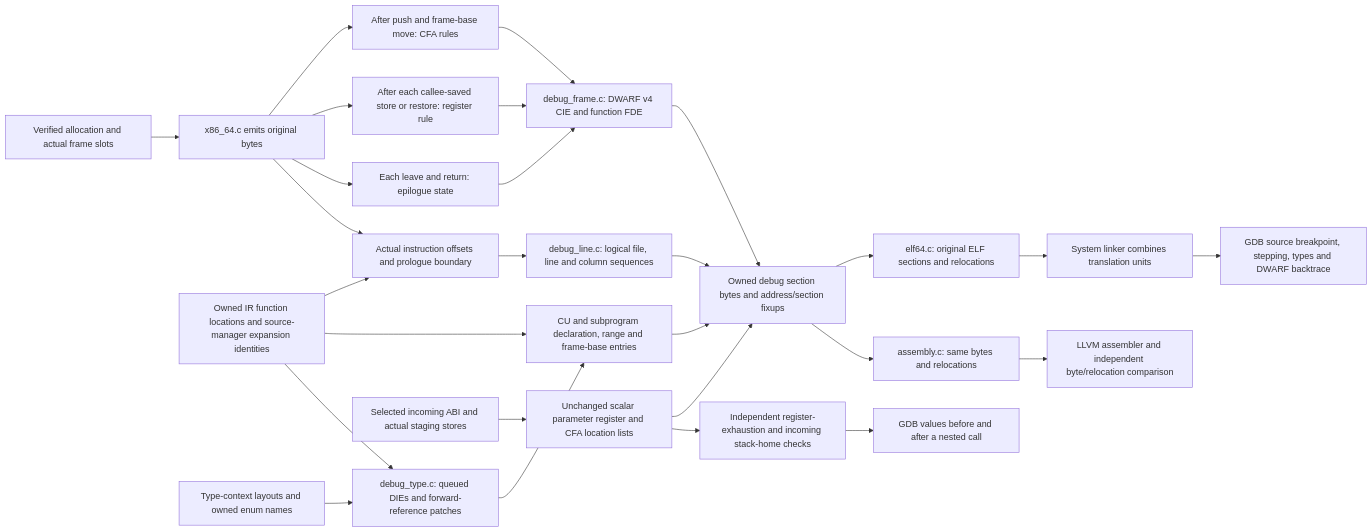
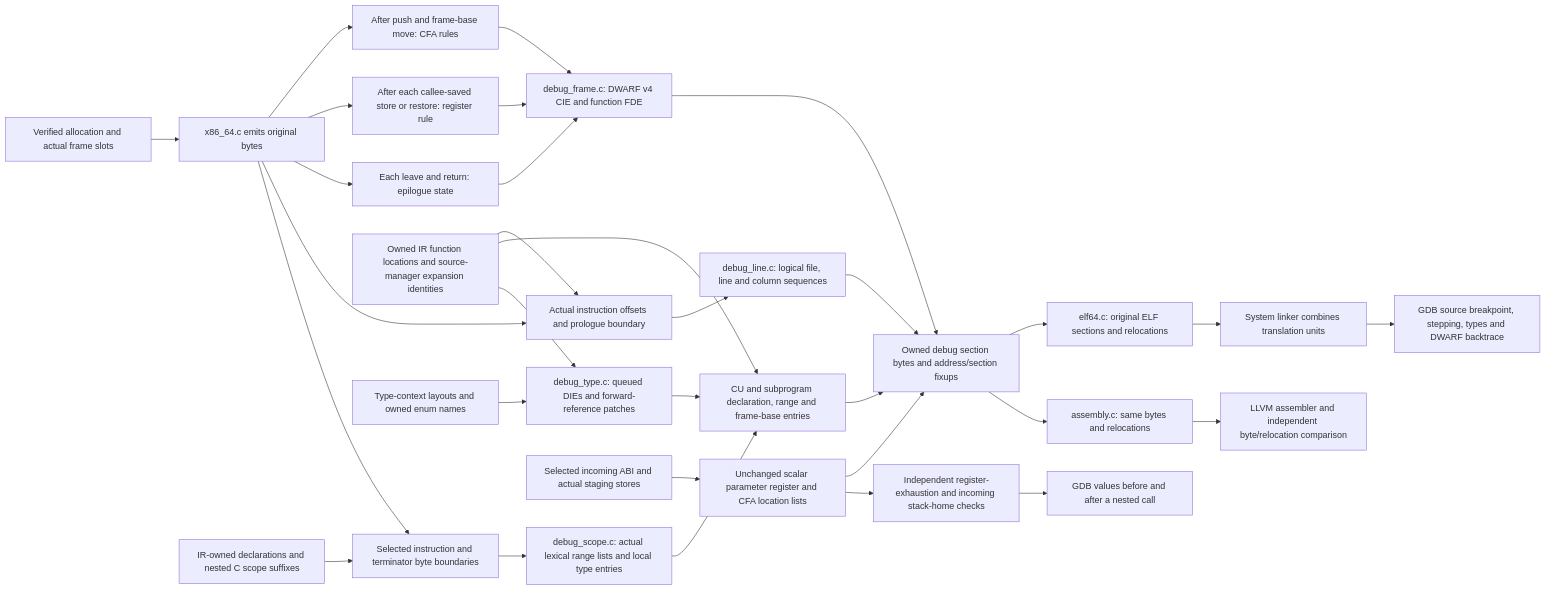
Before and after one commit to Aneesh495/cinder: the diagram in docs/diagrams/debug-frame.mmd, drawn with Mermaid. The commit also changed 29 other files, not shown here.

Commit message:
Preserve lexical declarations through native debug ranges

```diff
--- a/docs/diagrams/debug-frame.mmd
+++ b/docs/diagrams/debug-frame.mmd
@@ -1,27 +1,31 @@
 flowchart LR
     RA[Verified allocation and actual frame slots] --> E[x86_64.c emits original bytes]
     E --> P[After push and frame-base move: CFA rules]
     E --> S[After each callee-saved store or restore: register rule]
     E --> R[Each leave and return: epilogue state]
     P --> F[debug_frame.c: DWARF v4 CIE and function FDE]
     S --> F
     R --> F
     F --> O[Owned debug section bytes and address/section fixups]
     H[Owned IR function locations and source-manager expansion identities] --> ROW[Actual instruction offsets and prologue boundary]
     E --> ROW
     ROW --> LINE[debug_line.c: logical file, line and column sequences]
     H --> DIE[CU and subprogram declaration, range and frame-base entries]
+    L[IR-owned declarations and nested C scope suffixes] --> POINT[Selected instruction and terminator byte boundaries]
+    E --> POINT
+    POINT --> SCOPE[debug_scope.c: actual lexical range lists and local type entries]
+    SCOPE --> DIE
     LINE --> O
     DIE --> O
     T[Type-context layouts and owned enum names] --> TYPES[debug_type.c: queued DIEs and forward-reference patches]
     H --> TYPES
     TYPES --> DIE
     ABI[Selected incoming ABI and actual staging stores] --> LOC[Unchanged scalar parameter register and CFA location lists]
     LOC --> O
     LOC --> PARAM[Independent register-exhaustion and incoming stack-home checks]
     PARAM --> CALL[GDB values before and after a nested call]
     O --> ELF[elf64.c: original ELF sections and relocations]
     O --> ASM[assembly.c: same bytes and relocations]
     ELF --> LINK[System linker combines translation units]
     LINK --> G[GDB source breakpoint, stepping, types and DWARF backtrace]
     ASM --> CHECK[LLVM assembler and independent byte/relocation comparison]
```
